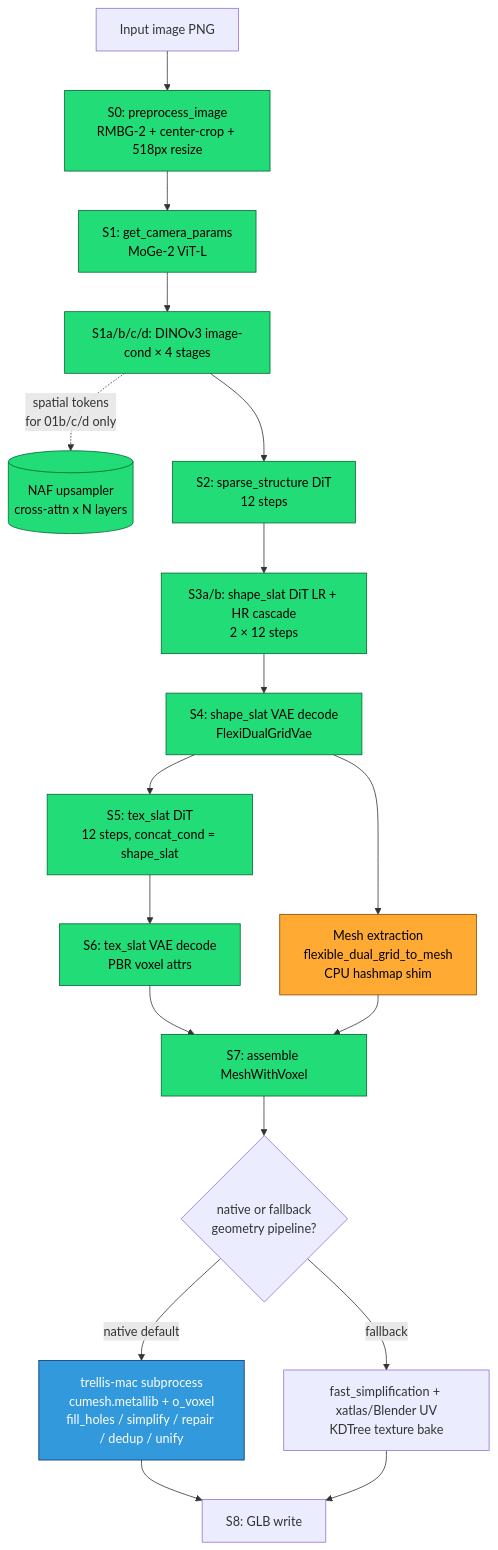
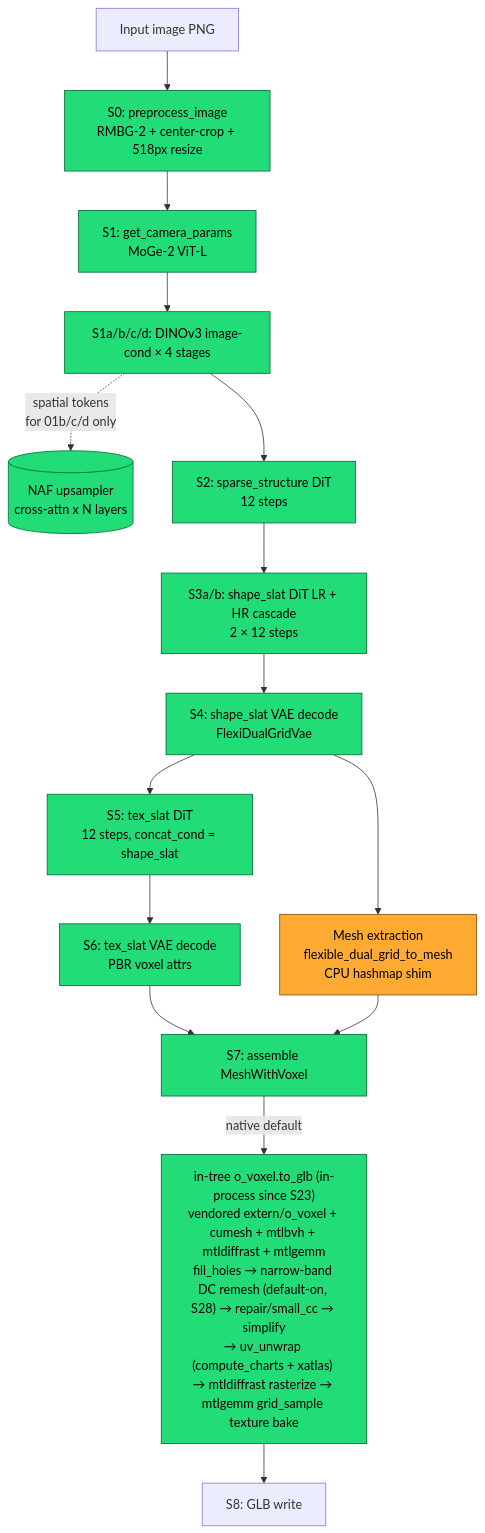
The first of 7 diagrams in PIPELINE_MAP.md (pawel-mazurkiewicz/Pixal3D-mac), drawn with Mermaid before and after one commit. The commit also changed other lines of this file and 25 other files, not shown here.

````diff
--- a/PIPELINE_MAP.md
+++ b/PIPELINE_MAP.md
@@ -36,29 +36,25 @@
 ```mermaid
 flowchart TD
     A[Input image PNG] --> B[S0: preprocess_image<br/>RMBG-2 + center-crop + 518px resize]
     B --> C[S1: get_camera_params<br/>MoGe-2 ViT-L]
     C --> D[S1a/b/c/d: DINOv3 image-cond × 4 stages]
     D -. spatial tokens<br/>for 01b/c/d only .-> NAF[(NAF upsampler<br/>cross-attn x N layers)]
     D --> E[S2: sparse_structure DiT<br/>12 steps]
     E --> F[S3a/b: shape_slat DiT LR + HR cascade<br/>2 × 12 steps]
     F --> G[S4: shape_slat VAE decode<br/>FlexiDualGridVae]
     G --> H[S5: tex_slat DiT<br/>12 steps, concat_cond = shape_slat]
     H --> I[S6: tex_slat VAE decode<br/>PBR voxel attrs]
     G --> J[Mesh extraction<br/>flexible_dual_grid_to_mesh<br/>CPU hashmap shim]
     I --> K[S7: assemble MeshWithVoxel]
     J --> K
-    K --> L{native or fallback<br/>geometry pipeline?}
-    L -->|native default| M[trellis-mac subprocess<br/>cumesh.metallib + o_voxel<br/>fill_holes / simplify / repair / dedup / unify]
-    L -->|fallback| N[fast_simplification + xatlas/Blender UV<br/>KDTree texture bake]
+    K -->|native default| M["in-tree o_voxel.to_glb (in-process since S23)<br/>vendored extern/o_voxel + cumesh + mtlbvh + mtldiffrast + mtlgemm<br/>fill_holes → narrow-band DC remesh (default-on, S28) → repair/small_cc → simplify<br/>→ uv_unwrap (compute_charts + xatlas) → mtldiffrast rasterize → mtlgemm grid_sample texture bake"]
     M --> O[S8: GLB write]
-    N --> O
 
     classDef mps fill:#2d7,stroke:#063,color:#000
     classDef cpu fill:#fa3,stroke:#840,color:#000
     classDef subproc fill:#39d,stroke:#036,color:#fff
     classDef cuda fill:#888,stroke:#000,color:#fff,stroke-dasharray:5
-    class B,C,D,E,F,G,H,I,K mps
+    class B,C,D,E,F,G,H,I,K,M mps
     class J cpu
-    class M subproc
     class NAF mps
 ```
````
